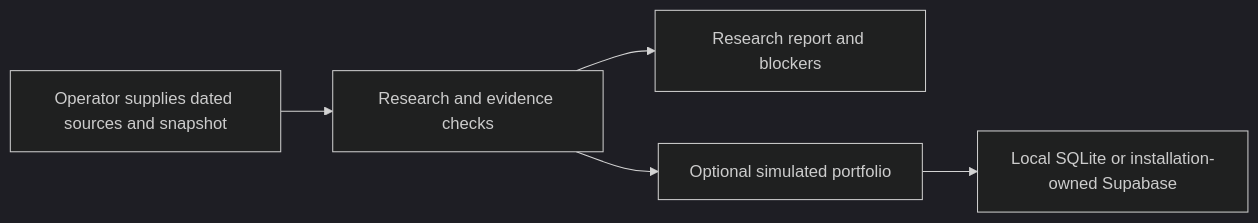
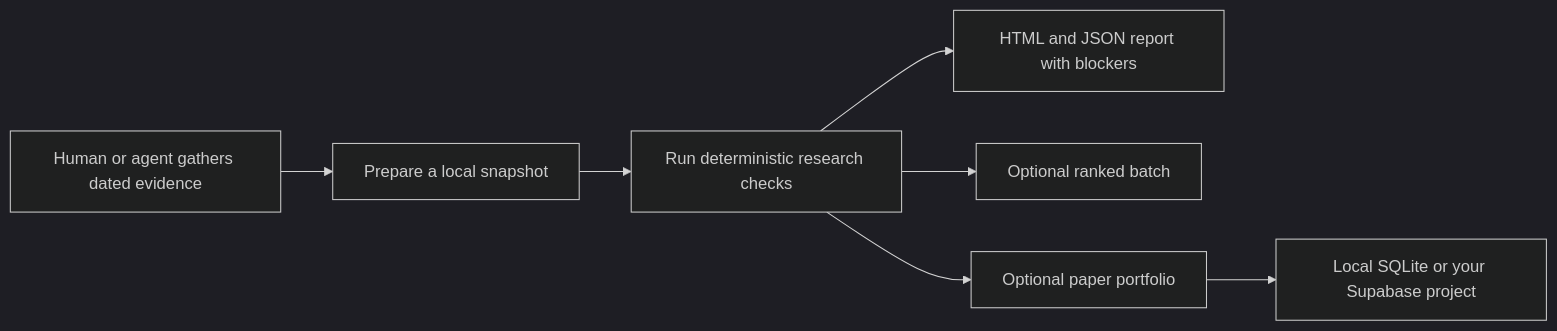
One commit to evyevans/irin-v1 changed the diagram in README.md. Above: the diagram before and after it, drawn with Mermaid (dark theme). The commit also changed other lines of this file and 2 other files, not shown here.

````diff
--- a/README.md
+++ b/README.md
@@ -17,7 +28,9 @@
 ```mermaid
 flowchart LR
-    A[Operator supplies dated sources and snapshot] --> B[Research and evidence checks]
-    B --> C[Research report and blockers]
-    B --> D[Optional simulated portfolio]
-    D --> E[Local SQLite or installation-owned Supabase]
+    A[Human or agent gathers dated evidence] --> B[Prepare a local snapshot]
+    B --> C[Run deterministic research checks]
+    C --> D[HTML and JSON report with blockers]
+    C --> E[Optional ranked batch]
+    C --> F[Optional paper portfolio]
+    F --> G[Local SQLite or your Supabase project]
 ```
````
